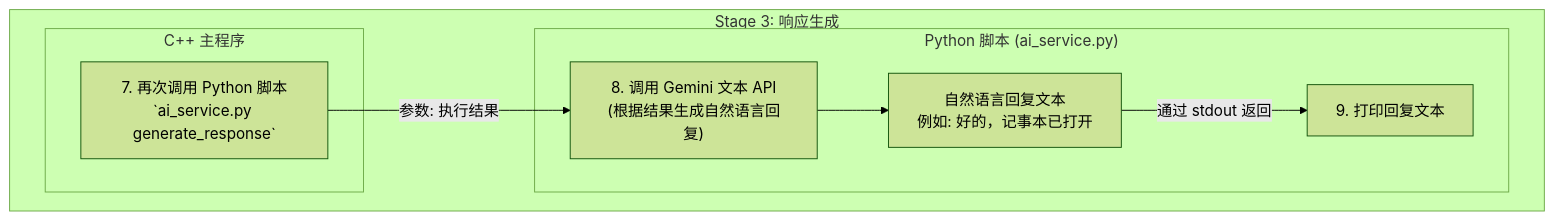
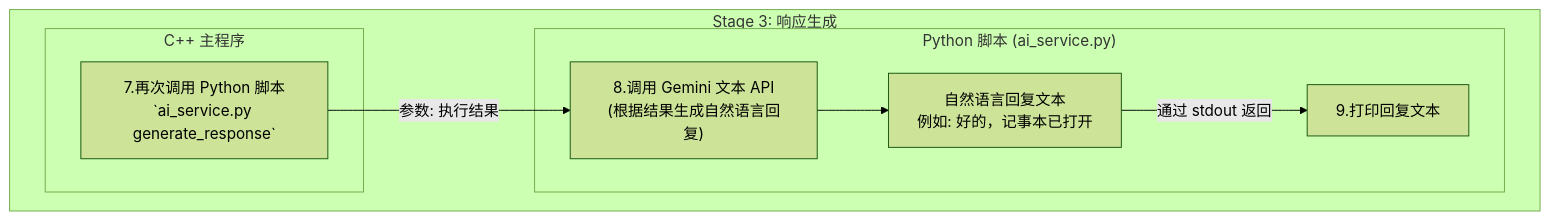
The third of 4 diagrams in docs/FlowChart.md (Jenwein/VoicePilot), drawn with Mermaid (forest theme) before and after one commit. The commit also changed other lines of this file and 6 other files, not shown here.

````diff
--- a/docs/FlowChart.md
+++ b/docs/FlowChart.md
@@ -33,15 +33,15 @@
 ```mermaid
 graph TD
     %% 阶段 3: 响应生成 (Generate Response)
     subgraph "Stage 3: 响应生成"
         subgraph "C++ 主程序"
-            L["7. 再次调用 Python 脚本<br/>`ai_service.py generate_response`"]:::cpp;
+            L["7.再次调用 Python 脚本<br/>`ai_service.py generate_response`"]:::cpp;
         end
         
         subgraph "Python 脚本 (ai_service.py)"
-            L -- "参数: 执行结果" --> M["8. 调用 Gemini 文本 API\n(根据结果生成自然语言回复)"]:::python
+            L -- "参数: 执行结果" --> M["8.调用 Gemini 文本 API\n(根据结果生成自然语言回复)"]:::python
             M --> N["自然语言回复文本\n例如: 好的，记事本已打开"]:::data
-            N -- "通过 stdout 返回" --> O[9. 打印回复文本];
+            N -- "通过 stdout 返回" --> O[9.打印回复文本];
         end
     end
 ```
````
